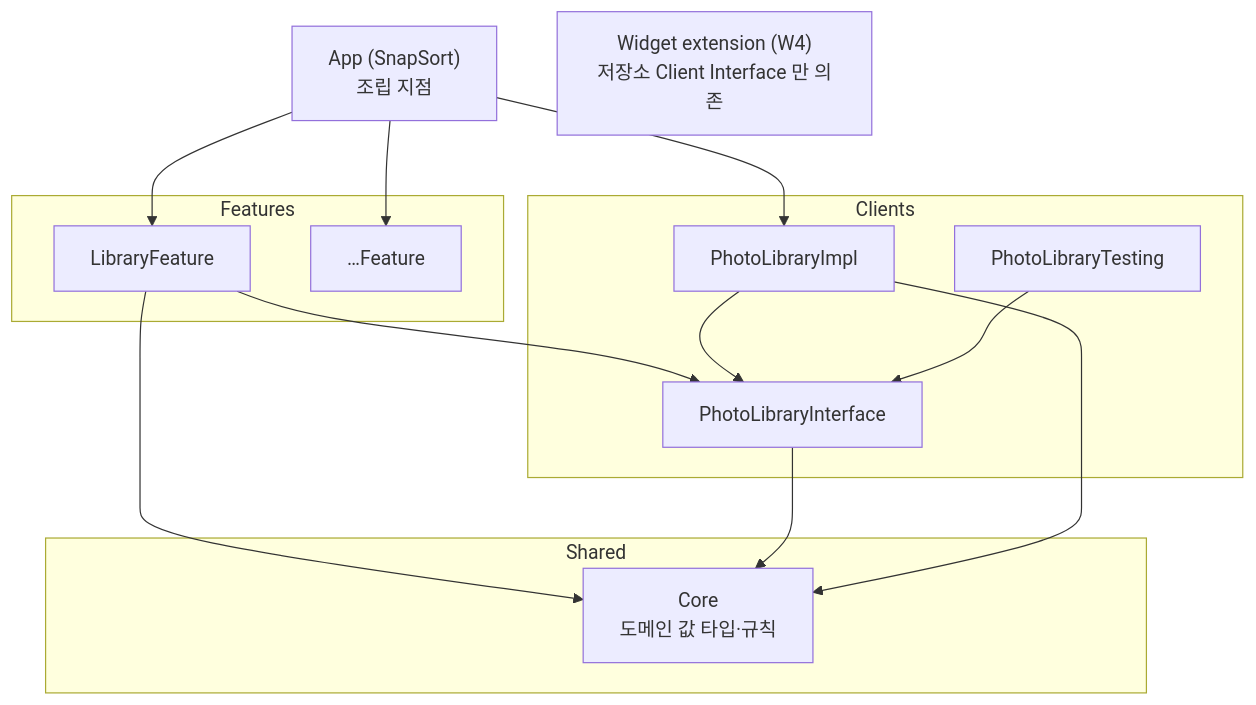
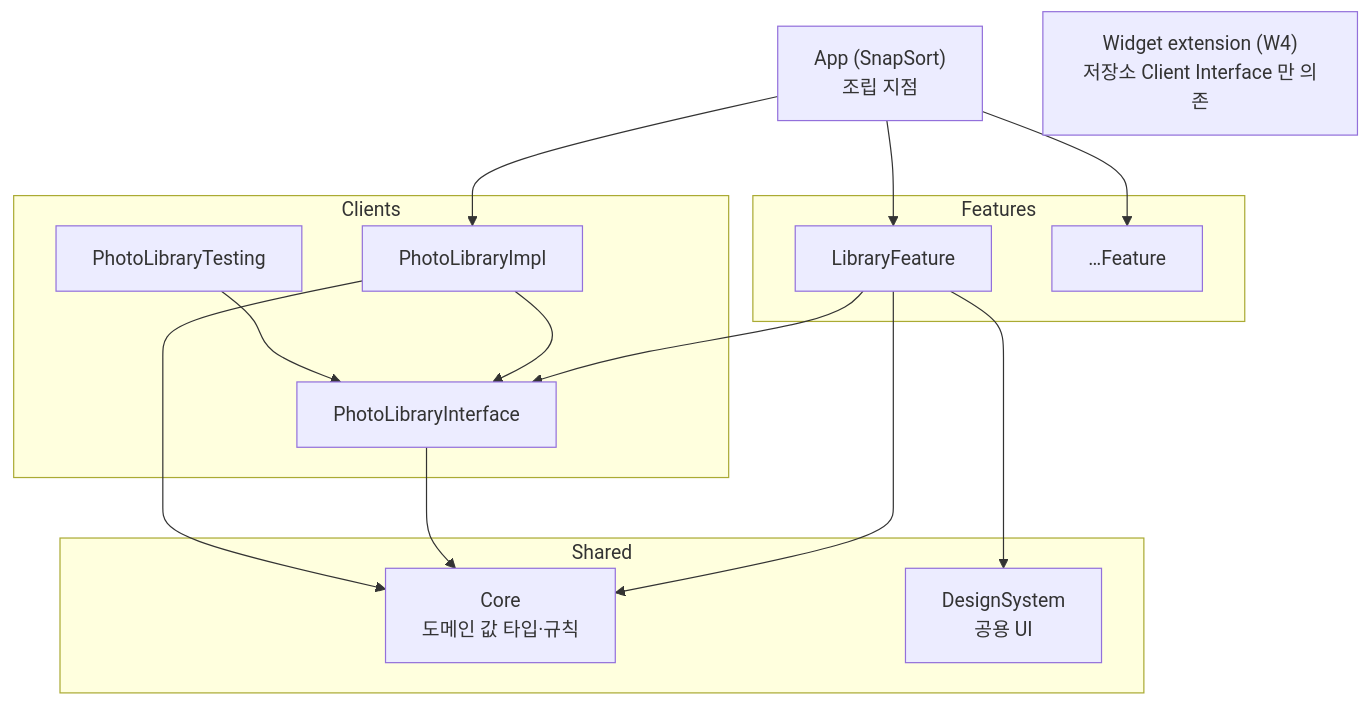
One commit to zopandagom/snapsort-ios changed the second of 2 diagrams in docs/ARCHITECTURE.md. Above: the diagram before and after it, drawn with Mermaid. The commit also changed other lines of this file, not shown here.

First line of the commit message:
docs: ARCHITECTURE 에 카테고리 화면과 DesignSystem 규칙 반영

````diff
--- a/docs/ARCHITECTURE.md
+++ b/docs/ARCHITECTURE.md
@@ -65,24 +65,26 @@
 ```mermaid
 flowchart TD
     App["App (SnapSort)<br/>조립 지점"]
     Widget["Widget extension (W4)<br/>저장소 Client Interface 만 의존"]
     subgraph Features
       Library["LibraryFeature"]
       Other["…Feature"]
     end
     subgraph Clients
       PI["PhotoLibraryInterface"]
       PImpl["PhotoLibraryImpl"]
       PT["PhotoLibraryTesting"]
     end
     subgraph Shared
       Core["Core<br/>도메인 값 타입·규칙"]
+      DS["DesignSystem<br/>공용 UI"]
     end
 
     App --> Library & Other
     App --> PImpl
     Library --> PI
+    Library --> DS
     PImpl --> PI
     PT --> PI
     Library & PI & PImpl --> Core
 ```
````
